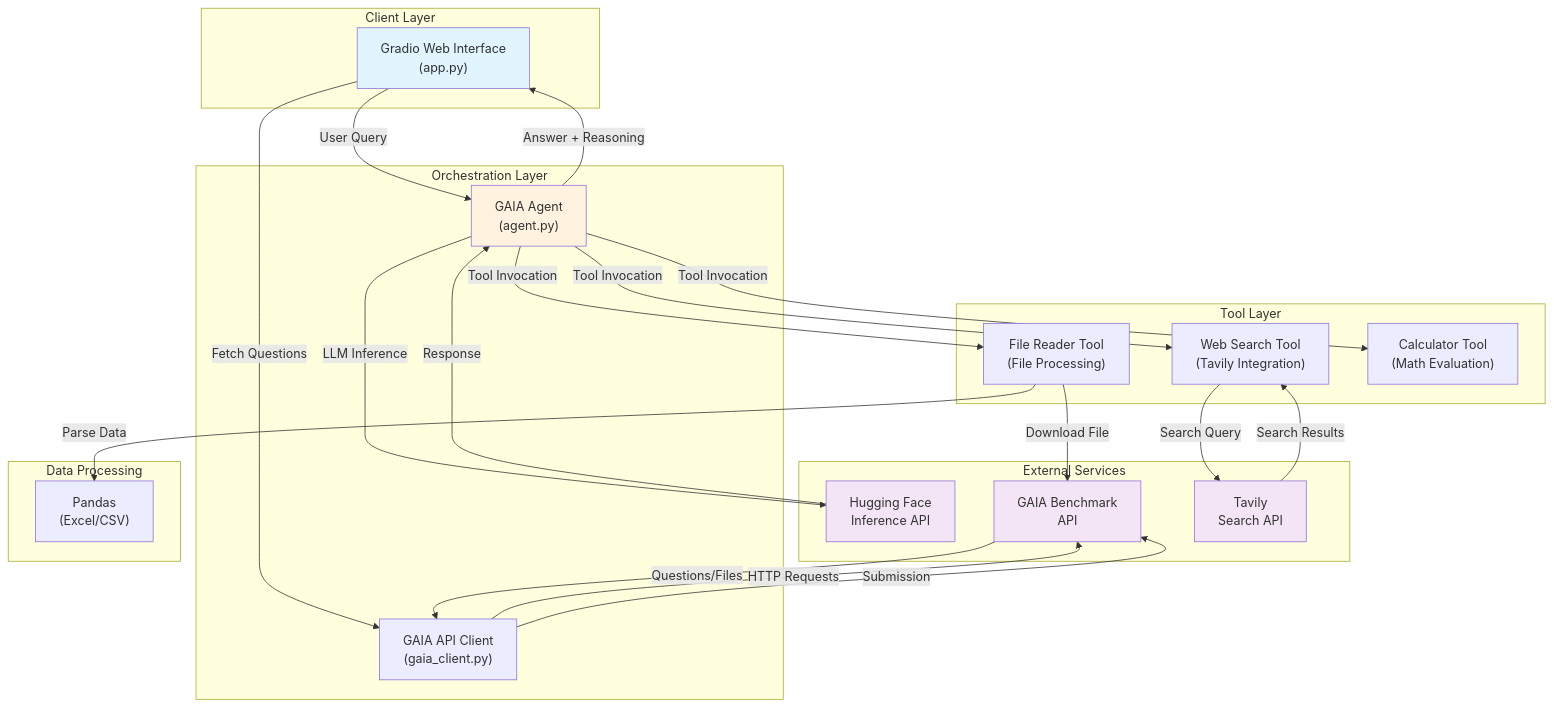
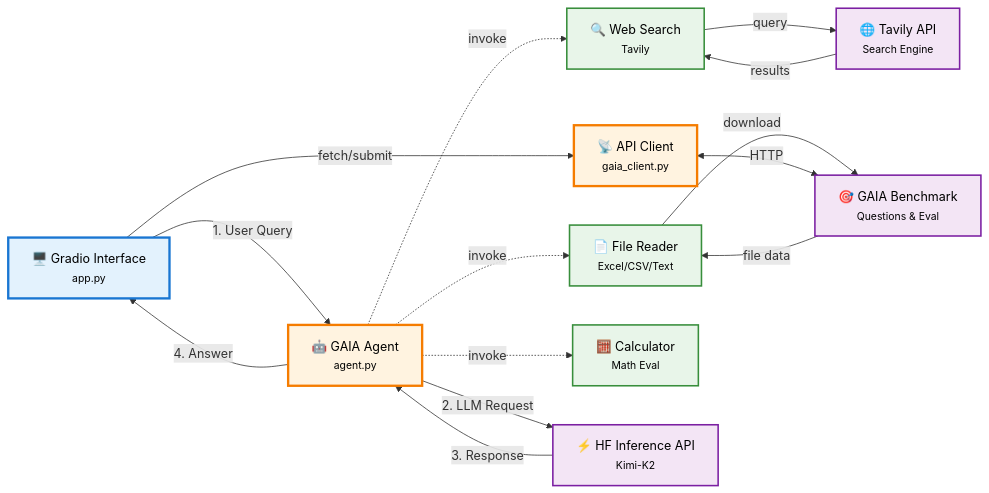
Before and after one commit to hasancoded/gaia-agent: the diagram in README.md, drawn with Mermaid.

Commit message:
feat: redesign architecture diagram with professional LR layout and icons

````diff
--- a/README.md
+++ b/README.md
@@ -28,53 +28,52 @@
 ```mermaid
-graph TB
-    subgraph Client["Client Layer"]
-        UI["Gradio Web Interface<br/>(app.py)"]
-    end
+flowchart LR
+    %% Client Layer
+    UI["🖥️ Gradio Interface<br/><small>app.py</small>"]
 
-    subgraph Orchestration["Orchestration Layer"]
-        Agent["GAIA Agent<br/>(agent.py)"]
-        APIClient["GAIA API Client<br/>(gaia_client.py)"]
-    end
+    %% Orchestration Layer
+    Agent["🤖 GAIA Agent<br/><small>agent.py</small>"]
+    Client["📡 API Client<br/><small>gaia_client.py</small>"]
 
-    subgraph Tools["Tool Layer"]
-        Search["Web Search Tool<br/>(Tavily Integration)"]
-        FileReader["File Reader Tool<br/>(File Processing)"]
-        Calculator["Calculator Tool<br/>(Math Evaluation)"]
-    end
+    %% Tool Layer
+    Search["🔍 Web Search<br/><small>Tavily</small>"]
+    FileReader["📄 File Reader<br/><small>Excel/CSV/Text</small>"]
+    Calculator["🧮 Calculator<br/><small>Math Eval</small>"]
 
-    subgraph External["External Services"]
-        HF["Hugging Face<br/>Inference API"]
-        GAIA["GAIA Benchmark<br/>API"]
-        TavilyAPI["Tavily<br/>Search API"]
-    end
+    %% External Services
+    HF["⚡ HF Inference API<br/><small>Kimi-K2</small>"]
+    GAIA["🎯 GAIA Benchmark<br/><small>Questions & Eval</small>"]
+    Tavily["🌐 Tavily API<br/><small>Search Engine</small>"]
 
-    subgraph Processing["Data Processing"]
-        Pandas["Pandas<br/>(Excel/CSV)"]
-    end
+    %% Primary Flow
+    UI -->|"1. User Query"| Agent
+    Agent -->|"2. LLM Request"| HF
+    HF -->|"3. Response"| Agent
+    Agent -->|"4. Answer"| UI
 
-    UI -->|User Query| Agent
-    UI -->|Fetch Questions| APIClient
+    %% Tool Orchestration
+    Agent -.->|"invoke"| Search
+    Agent -.->|"invoke"| FileReader
+    Agent -.->|"invoke"| Calculator
 
-    Agent -->|LLM Inference| HF
-    Agent -->|Tool Invocation| Search
-    Agent -->|Tool Invocation| FileReader
-    Agent -->|Tool Invocation| Calculator
+    %% Tool-Service Connections
+    Search -->|"query"| Tavily
+    Tavily -->|"results"| Search
 
-    APIClient -->|HTTP Requests| GAIA
-    Search -->|Search Query| TavilyAPI
-    FileReader -->|Download File| GAIA
-    FileReader -->|Parse Data| Pandas
+    FileReader -->|"download"| GAIA
+    GAIA -->|"file data"| FileReader
 
-    HF -->|Response| Agent
-    GAIA -->|Questions/Files| APIClient
-    TavilyAPI -->|Search Results| Search
+    %% API Client Flow
+    UI -->|"fetch/submit"| Client
+    Client <-->|"HTTP"| GAIA
 
-    Agent -->|Answer + Reasoning| UI
-    APIClient -->|Submission| GAIA
+    %% Styling
+    classDef clientStyle fill:#e3f2fd,stroke:#1976d2,stroke-width:3px,color:#000
+    classDef orchestrationStyle fill:#fff3e0,stroke:#f57c00,stroke-width:3px,color:#000
+    classDef toolStyle fill:#e8f5e9,stroke:#388e3c,stroke-width:2px,color:#000
+    classDef externalStyle fill:#f3e5f5,stroke:#7b1fa2,stroke-width:2px,color:#000
 
-    style UI fill:#e1f5ff
-    style Agent fill:#fff3e0
-    style HF fill:#f3e5f5
-    style GAIA fill:#f3e5f5
-    style TavilyAPI fill:#f3e5f5
+    class UI clientStyle
+    class Agent,Client orchestrationStyle
+    class Search,FileReader,Calculator toolStyle
+    class HF,GAIA,Tavily externalStyle
 ```
````
